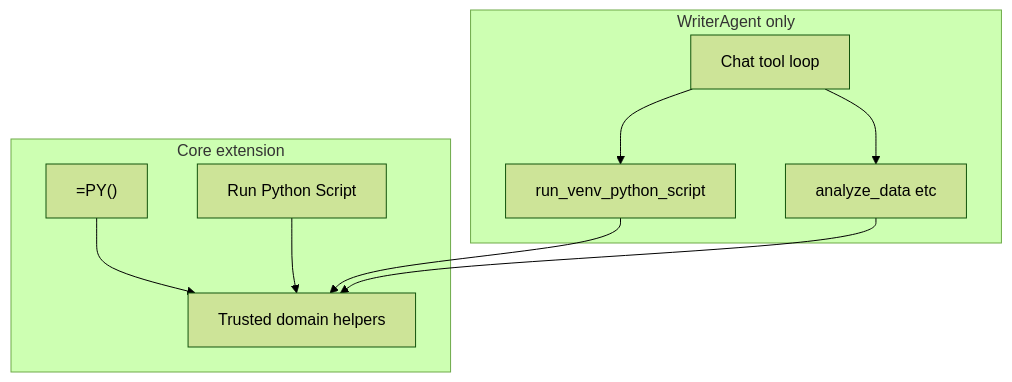
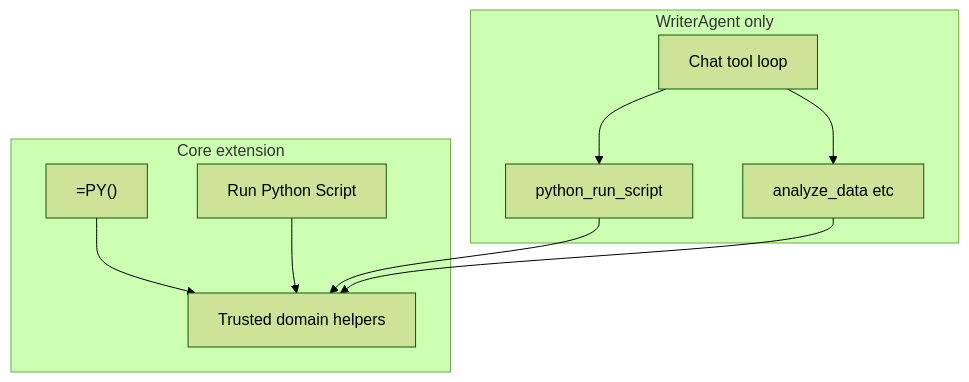
Before and after one commit to KeithCu/writeragent: the fifth of 9 diagrams in docs/scripting/librepy-split.md, drawn with Mermaid (forest theme). The commit also changed other lines of this file and 140 other files, not shown here.

````diff
--- a/docs/scripting/librepy-split.md
+++ b/docs/scripting/librepy-split.md
@@ -502,17 +502,17 @@
 ```mermaid
 flowchart TB
   subgraph corePaths [Core extension]
     PY["=PY()"]
     menu[Run Python Script]
     helpers[Trusted domain helpers]
   end
   subgraph writerAgent [WriterAgent only]
     chat[Chat tool loop]
-    toolV[run_venv_python_script]
+    toolV[python_run_script]
     toolA[analyze_data etc]
   end
   PY --> helpers
   menu --> helpers
   chat --> toolV --> helpers
   chat --> toolA --> helpers
 ```
````
